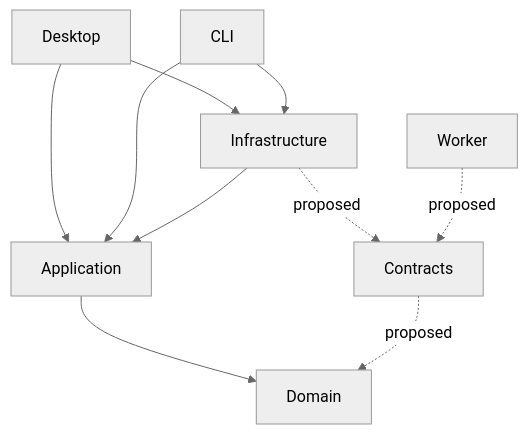
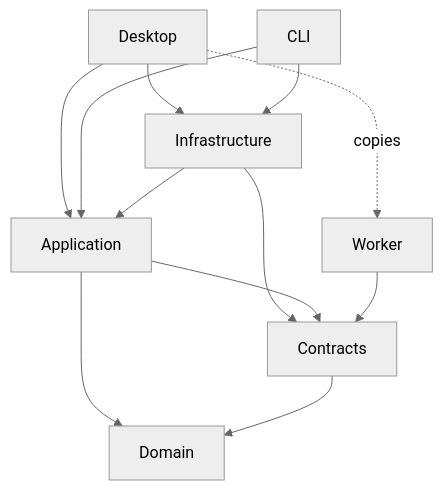
The first of 2 diagrams in ARCHITECTURE.md (daniel-kindl/codepad), drawn with Mermaid (neutral theme) before and after one commit. The commit also changed other lines of this file and 32 other files, not shown here.

````diff
--- a/ARCHITECTURE.md
+++ b/ARCHITECTURE.md
@@ -42,12 +45,14 @@
 ```mermaid
 flowchart TD
     Desktop --> Application
     Desktop --> Infrastructure
+    Desktop -. copies .-> Worker
     CLI --> Application
     CLI --> Infrastructure
     Infrastructure --> Application
-    Infrastructure -. proposed .-> Contracts
+    Infrastructure --> Contracts
     Application --> Domain
-    Contracts -. proposed .-> Domain
-    Worker -. proposed .-> Contracts
+    Application --> Contracts
+    Contracts --> Domain
+    Worker --> Contracts
 ```
````
